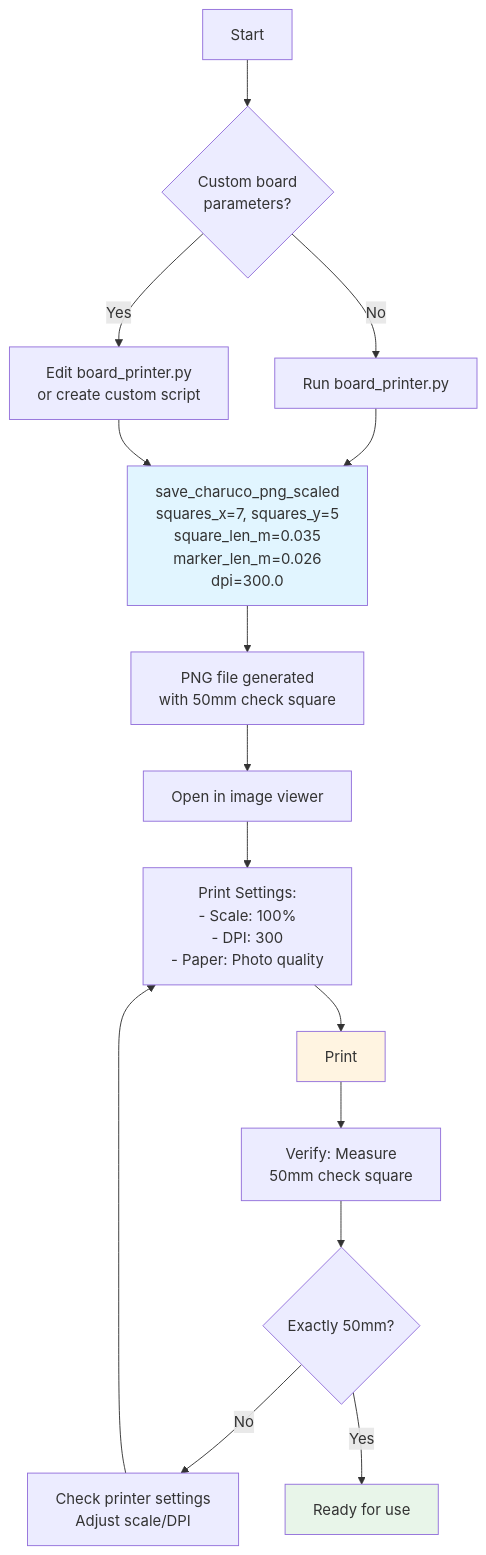
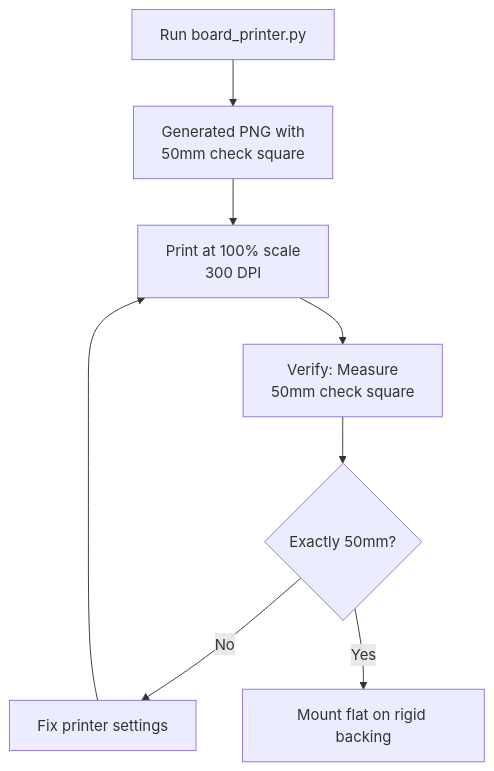
Before and after one commit to thamam/cam-shift-detector: the first of 4 diagrams in tools/aruco/README.md, drawn with Mermaid. The commit also changed other lines of this file and 87 other files, not shown here.

````diff
--- a/tools/aruco/README.md
+++ b/tools/aruco/README.md
@@ -73,23 +42,10 @@
 ```mermaid
 graph TB
-    A[Start] --> B{Custom board<br/>parameters?}
-    B -->|No| C[Run board_printer.py]
-    B -->|Yes| D[Edit board_printer.py<br/>or create custom script]
-
-    C --> E[save_charuco_png_scaled<br/>squares_x=7, squares_y=5<br/>square_len_m=0.035<br/>marker_len_m=0.026<br/>dpi=300.0]
-    D --> E
-
-    E --> F[PNG file generated<br/>with 50mm check square]
-    F --> G[Open in image viewer]
-    G --> H[Print Settings:<br/>- Scale: 100%<br/>- DPI: 300<br/>- Paper: Photo quality]
-    H --> I[Print]
-    I --> J[Verify: Measure<br/>50mm check square]
-    J --> K{Exactly 50mm?}
-    K -->|No| L[Check printer settings<br/>Adjust scale/DPI]
-    L --> H
-    K -->|Yes| M[Ready for use]
-
-    style E fill:#e1f5ff
-    style I fill:#fff4e1
-    style M fill:#e8f5e9
+    A[Run board_printer.py] --> B[Generated PNG with<br/>50mm check square]
+    B --> C[Print at 100% scale<br/>300 DPI]
+    C --> D[Verify: Measure<br/>50mm check square]
+    D --> E{Exactly 50mm?}
+    E -->|No| F[Fix printer settings]
+    F --> C
+    E -->|Yes| G[Mount flat on rigid backing]
 ```
````
